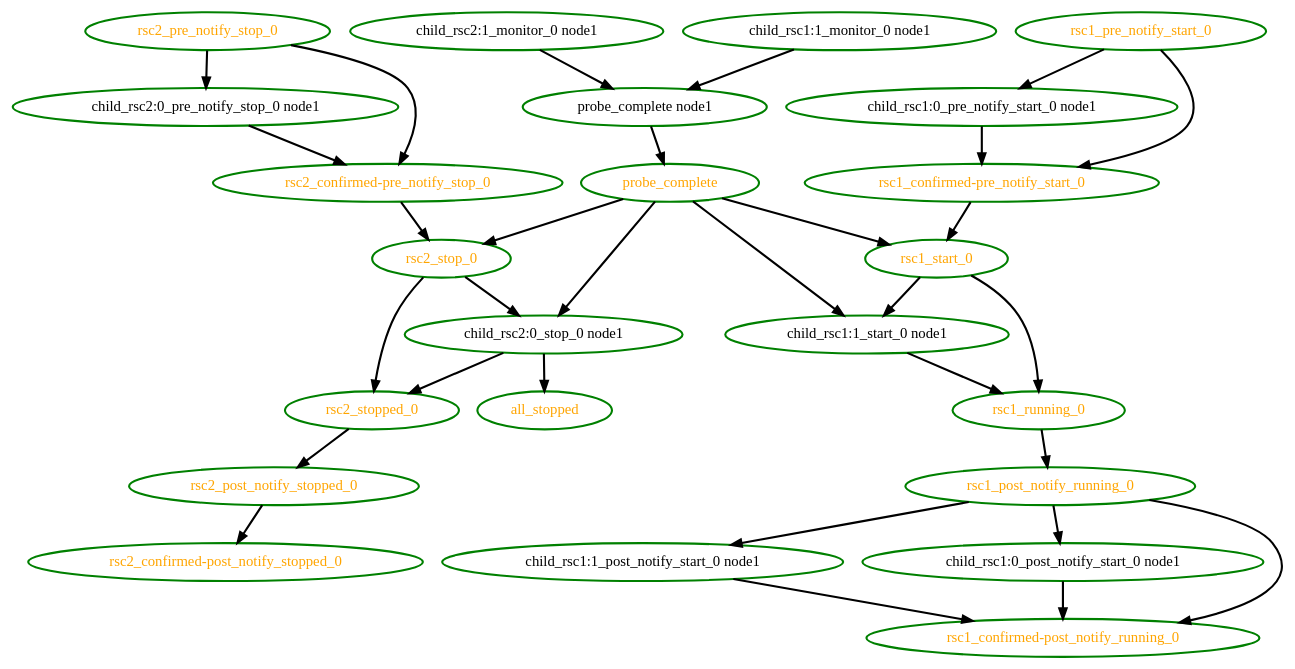
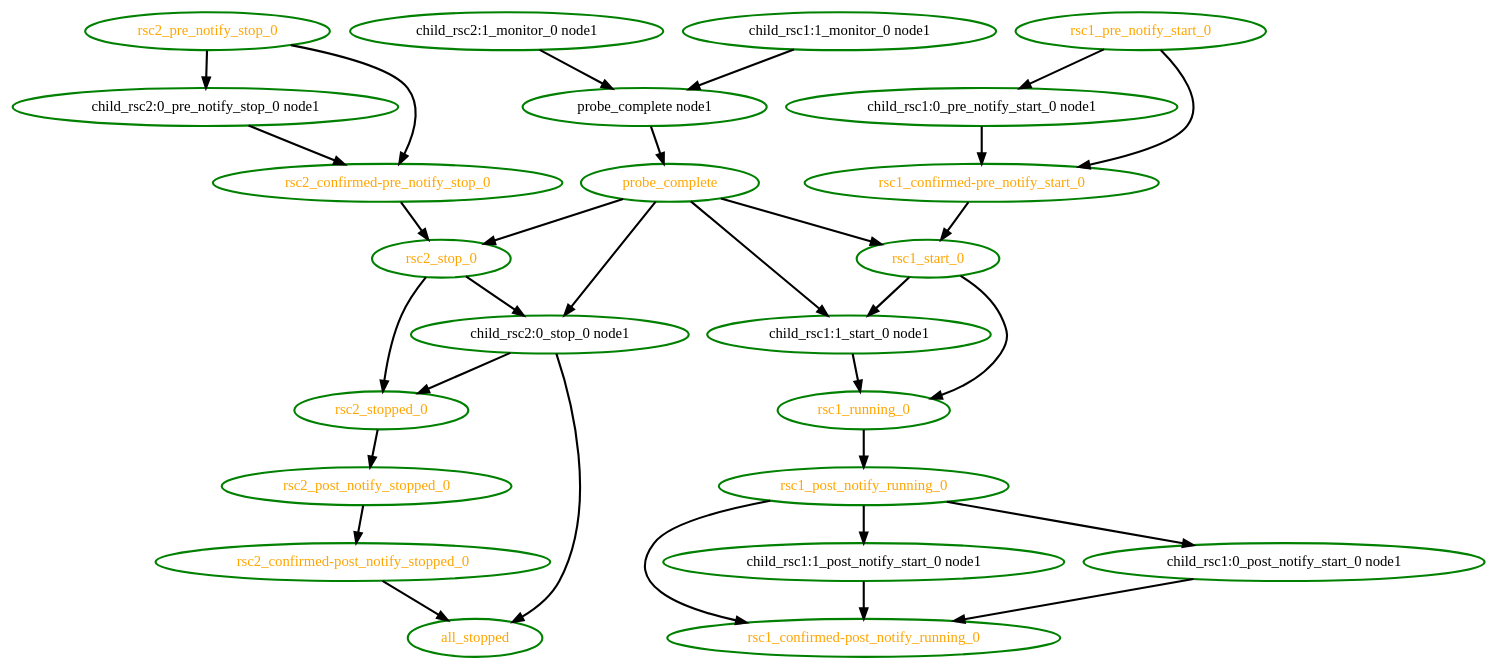
One commit to linux-ha-japan/pm_diskd changed the diagram in pengine/test10/notify-1.dot. Above: the diagram before and after it, drawn with Graphviz. The commit also changed 28 other files, not shown here.

Commit message:
Low: PE: Have post-notification of stops be an input to the all_stopped pseudo event

```diff
--- a/pengine/test10/notify-1.dot
+++ b/pengine/test10/notify-1.dot
@@ -1,55 +1,56 @@
  digraph "g" {
 "all_stopped" [ style=bold color="green" fontcolor="orange"  ]
 "child_rsc1:0_post_notify_start_0 node1" -> "rsc1_confirmed-post_notify_running_0" [ style = bold]
 "child_rsc1:0_post_notify_start_0 node1" [ style=bold color="green" fontcolor="black" ]
 "child_rsc1:0_pre_notify_start_0 node1" -> "rsc1_confirmed-pre_notify_start_0" [ style = bold]
 "child_rsc1:0_pre_notify_start_0 node1" [ style=bold color="green" fontcolor="black" ]
 "child_rsc1:1_monitor_0 node1" -> "probe_complete node1" [ style = bold]
 "child_rsc1:1_monitor_0 node1" [ style=bold color="green" fontcolor="black" ]
 "child_rsc1:1_post_notify_start_0 node1" -> "rsc1_confirmed-post_notify_running_0" [ style = bold]
 "child_rsc1:1_post_notify_start_0 node1" [ style=bold color="green" fontcolor="black" ]
 "child_rsc1:1_start_0 node1" -> "rsc1_running_0" [ style = bold]
 "child_rsc1:1_start_0 node1" [ style=bold color="green" fontcolor="black" ]
 "child_rsc2:0_pre_notify_stop_0 node1" -> "rsc2_confirmed-pre_notify_stop_0" [ style = bold]
 "child_rsc2:0_pre_notify_stop_0 node1" [ style=bold color="green" fontcolor="black" ]
 "child_rsc2:0_stop_0 node1" -> "all_stopped" [ style = bold]
 "child_rsc2:0_stop_0 node1" -> "rsc2_stopped_0" [ style = bold]
 "child_rsc2:0_stop_0 node1" [ style=bold color="green" fontcolor="black" ]
 "child_rsc2:1_monitor_0 node1" -> "probe_complete node1" [ style = bold]
 "child_rsc2:1_monitor_0 node1" [ style=bold color="green" fontcolor="black" ]
 "probe_complete node1" -> "probe_complete" [ style = bold]
 "probe_complete node1" [ style=bold color="green" fontcolor="black" ]
 "probe_complete" -> "child_rsc1:1_start_0 node1" [ style = bold]
 "probe_complete" -> "child_rsc2:0_stop_0 node1" [ style = bold]
 "probe_complete" -> "rsc1_start_0" [ style = bold]
 "probe_complete" -> "rsc2_stop_0" [ style = bold]
 "probe_complete" [ style=bold color="green" fontcolor="orange" ]
 "rsc1_confirmed-post_notify_running_0" [ style=bold color="green" fontcolor="orange" ]
 "rsc1_confirmed-pre_notify_start_0" -> "rsc1_start_0" [ style = bold]
 "rsc1_confirmed-pre_notify_start_0" [ style=bold color="green" fontcolor="orange" ]
 "rsc1_post_notify_running_0" -> "child_rsc1:0_post_notify_start_0 node1" [ style = bold]
 "rsc1_post_notify_running_0" -> "child_rsc1:1_post_notify_start_0 node1" [ style = bold]
 "rsc1_post_notify_running_0" -> "rsc1_confirmed-post_notify_running_0" [ style = bold]
 "rsc1_post_notify_running_0" [ style=bold color="green" fontcolor="orange" ]
 "rsc1_pre_notify_start_0" -> "child_rsc1:0_pre_notify_start_0 node1" [ style = bold]
 "rsc1_pre_notify_start_0" -> "rsc1_confirmed-pre_notify_start_0" [ style = bold]
 "rsc1_pre_notify_start_0" [ style=bold color="green" fontcolor="orange" ]
 "rsc1_running_0" -> "rsc1_post_notify_running_0" [ style = bold]
 "rsc1_running_0" [ style=bold color="green" fontcolor="orange" ]
 "rsc1_start_0" -> "child_rsc1:1_start_0 node1" [ style = bold]
 "rsc1_start_0" -> "rsc1_running_0" [ style = bold]
 "rsc1_start_0" [ style=bold color="green" fontcolor="orange" ]
+"rsc2_confirmed-post_notify_stopped_0" -> "all_stopped" [ style = bold]
 "rsc2_confirmed-post_notify_stopped_0" [ style=bold color="green" fontcolor="orange" ]
 "rsc2_confirmed-pre_notify_stop_0" -> "rsc2_stop_0" [ style = bold]
 "rsc2_confirmed-pre_notify_stop_0" [ style=bold color="green" fontcolor="orange" ]
 "rsc2_post_notify_stopped_0" -> "rsc2_confirmed-post_notify_stopped_0" [ style = bold]
 "rsc2_post_notify_stopped_0" [ style=bold color="green" fontcolor="orange" ]
 "rsc2_pre_notify_stop_0" -> "child_rsc2:0_pre_notify_stop_0 node1" [ style = bold]
 "rsc2_pre_notify_stop_0" -> "rsc2_confirmed-pre_notify_stop_0" [ style = bold]
 "rsc2_pre_notify_stop_0" [ style=bold color="green" fontcolor="orange" ]
 "rsc2_stop_0" -> "child_rsc2:0_stop_0 node1" [ style = bold]
 "rsc2_stop_0" -> "rsc2_stopped_0" [ style = bold]
 "rsc2_stop_0" [ style=bold color="green" fontcolor="orange" ]
 "rsc2_stopped_0" -> "rsc2_post_notify_stopped_0" [ style = bold]
 "rsc2_stopped_0" [ style=bold color="green" fontcolor="orange" ]
 }
```
